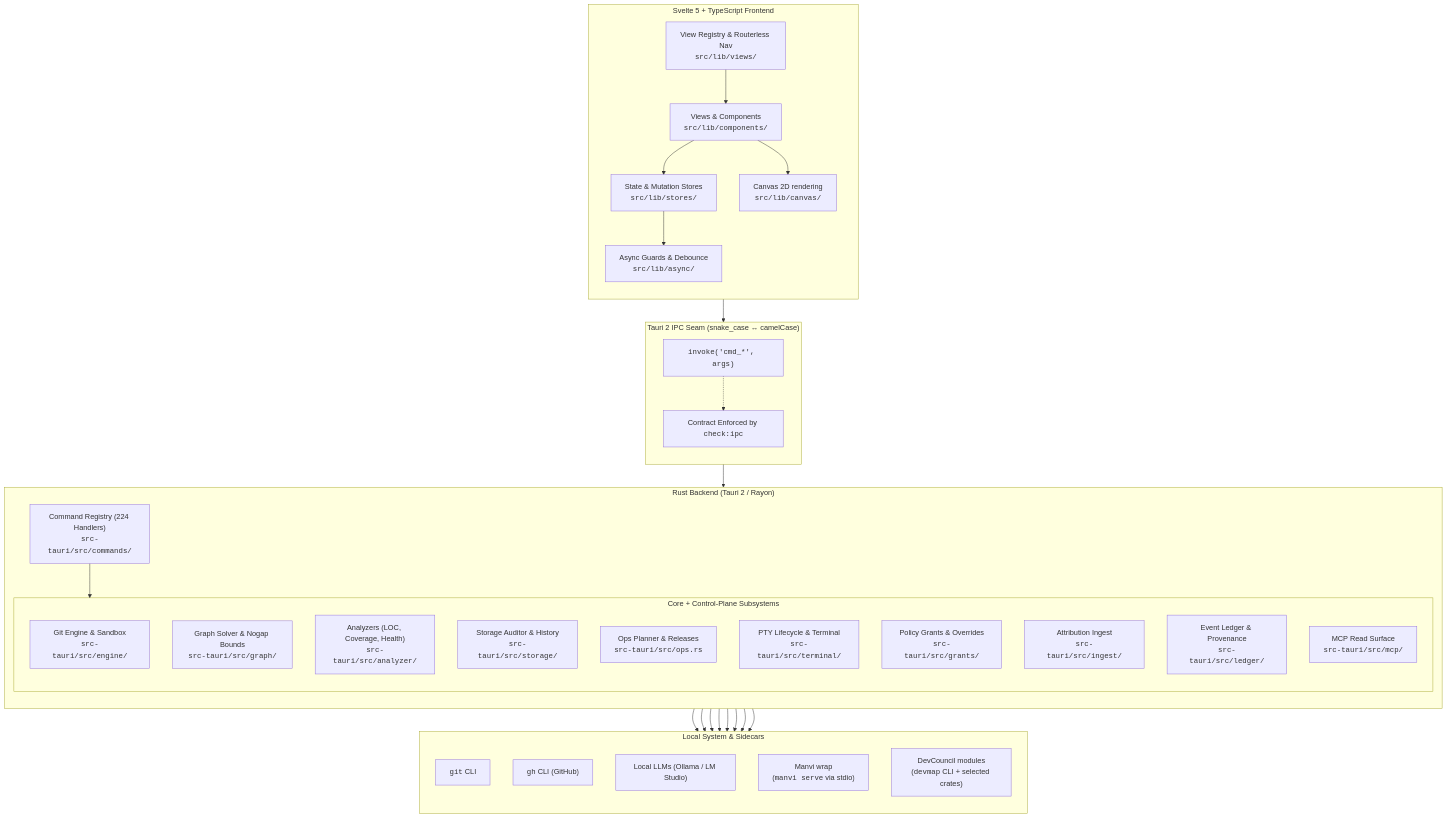
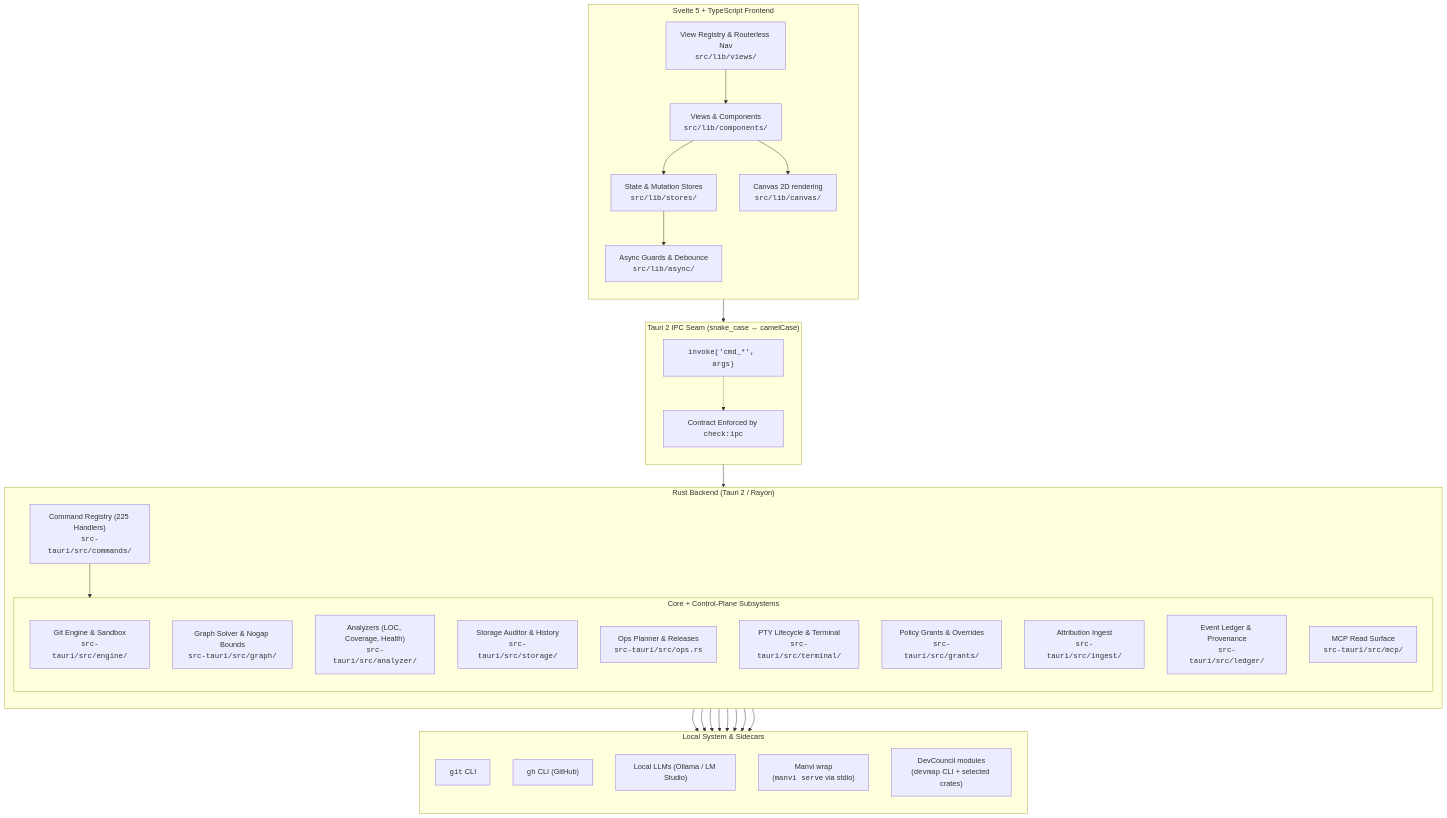
Before and after one commit to bharathvbcr/GitPulse: the first of 4 diagrams in docs/ARCHITECTURE.md, drawn with Mermaid. The commit also changed other lines of this file and 47 other files, not shown here.

Commit message:
feat(delivery): live workflow run polling, delivery timeline, and app hosting rollout monitoring

````diff
--- a/docs/ARCHITECTURE.md
+++ b/docs/ARCHITECTURE.md
@@ -15,63 +15,63 @@
 ```mermaid
 flowchart TB
     subgraph Frontend["Svelte 5 + TypeScript Frontend"]
         direction TB
         UI["Views & Components<br/><code>src/lib/components/</code>"]
         Stores["State & Mutation Stores<br/><code>src/lib/stores/</code>"]
         Registry["View Registry & Routerless Nav<br/><code>src/lib/views/</code>"]
         Canvas["Canvas 2D rendering<br/><code>src/lib/canvas/</code>"]
         Async["Async Guards & Debounce<br/><code>src/lib/async/</code>"]
         
         UI --> Stores
         UI --> Canvas
         Stores --> Async
         Registry --> UI
     end
 
     subgraph IPC["Tauri 2 IPC Seam (snake_case ↔ camelCase)"]
         direction TB
         Invoke["<code>invoke('cmd_*', args)</code>"]
         ContractCheck["Contract Enforced by <code>check:ipc</code>"]
         Invoke -.-> ContractCheck
     end
 
     subgraph Backend["Rust Backend (Tauri 2 / Rayon)"]
         direction TB
-        CmdRegistry["Command Registry (224 Handlers)<br/><code>src-tauri/src/commands/</code>"]
+        CmdRegistry["Command Registry (225 Handlers)<br/><code>src-tauri/src/commands/</code>"]
         
         subgraph Subsystems["Core + Control-Plane Subsystems"]
             GitEngine["Git Engine & Sandbox<br/><code>src-tauri/src/engine/</code>"]
             GraphSolver["Graph Solver & Nogap Bounds<br/><code>src-tauri/src/graph/</code>"]
             Analyzers["Analyzers (LOC, Coverage, Health)<br/><code>src-tauri/src/analyzer/</code>"]
             StorageAuditor["Storage Auditor & History<br/><code>src-tauri/src/storage/</code>"]
             OpsPlanner["Ops Planner & Releases<br/><code>src-tauri/src/ops.rs</code>"]
             PtyTerminal["PTY Lifecycle & Terminal<br/><code>src-tauri/src/terminal/</code>"]
             Grants["Policy Grants & Overrides<br/><code>src-tauri/src/grants/</code>"]
             Ingest["Attribution Ingest<br/><code>src-tauri/src/ingest/</code>"]
             Ledger["Event Ledger & Provenance<br/><code>src-tauri/src/ledger/</code>"]
             MCP["MCP Read Surface<br/><code>src-tauri/src/mcp/</code>"]
         end
         
         CmdRegistry --> Subsystems
     end
 
     subgraph External["Local System & Sidecars"]
         direction TB
         LocalGit["<code>git</code> CLI"]
         LocalGh["<code>gh</code> CLI (GitHub)"]
         LocalLLM["Local LLMs (Ollama / LM Studio)"]
         ManviSidecar["Manvi wrap<br/>(<code>manvi serve</code> via stdio)"]
         DevCouncilMods["DevCouncil modules<br/>(<code>devmap</code> CLI + selected crates)"]
     end
 
     Async --> Invoke
     Invoke --> CmdRegistry
     GitEngine --> LocalGit
     Analyzers --> LocalGit
     Analyzers --> LocalGh
     Analyzers --> LocalLLM
     OpsPlanner --> LocalGh
     OpsPlanner --> ManviSidecar
     Subsystems --> ManviSidecar
     Subsystems --> DevCouncilMods
 ```
````
